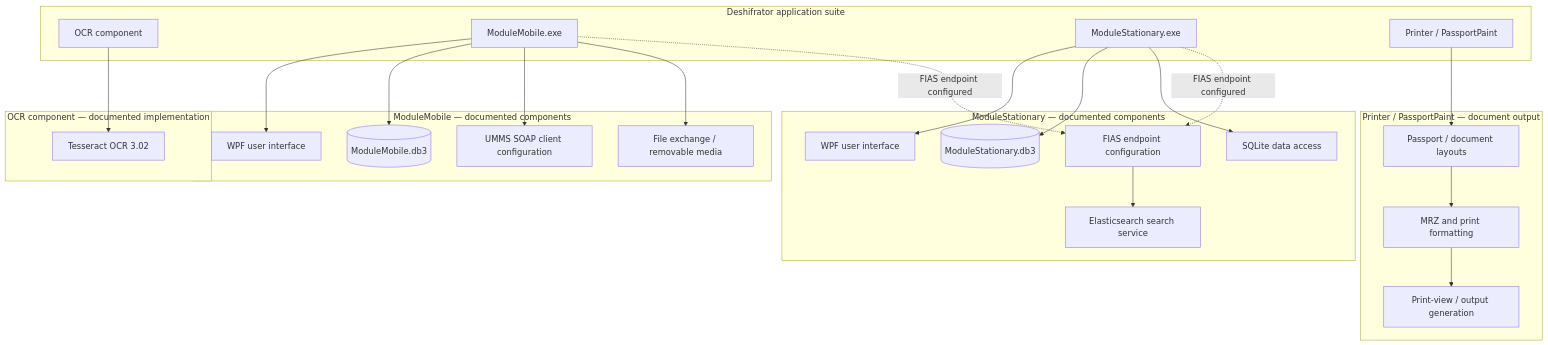
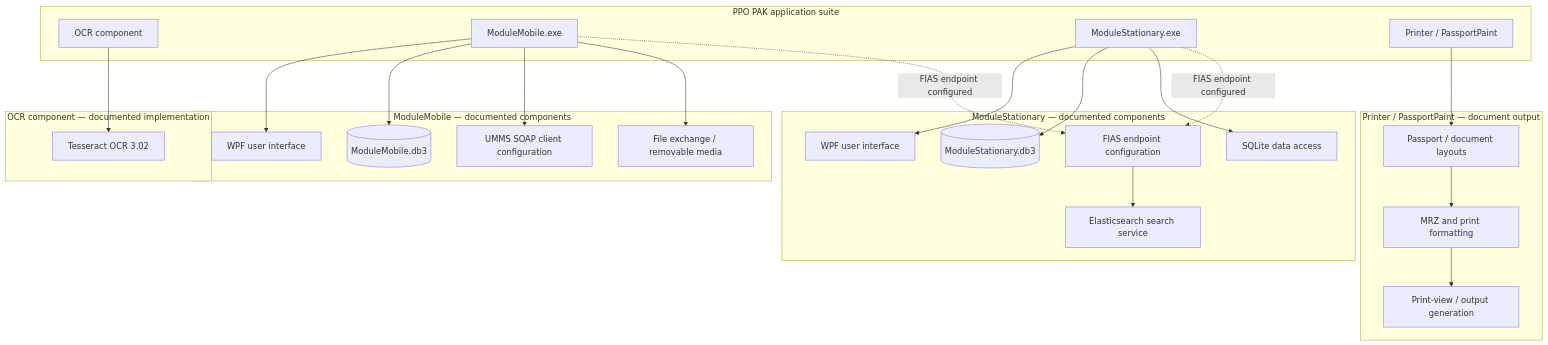
One commit to ekatmoz88-alt/territory-descriptor-unified changed the eighth of 10 diagrams in materials/architecture/README.md. Above: the diagram before and after it, drawn with Mermaid. The commit also changed other lines of this file, not shown here.

Commit message:
Rebrand project references to PPO PAK

````diff
--- a/materials/architecture/README.md
+++ b/materials/architecture/README.md
@@ -219,43 +219,43 @@
 ```mermaid
 flowchart TB
-  subgraph SUITE["Deshifrator application suite"]
+  subgraph SUITE["PPO PAK application suite"]
     OCRAPP["OCR component"]
     MOBILE["ModuleMobile.exe"]
     STATIONARY["ModuleStationary.exe"]
     PRINT["Printer / PassportPaint"]
   end
   subgraph OCRPARTS["OCR component — documented implementation"]
     OCR["Tesseract OCR 3.02"]
   end
   subgraph MOBILEPARTS["ModuleMobile — documented components"]
     MUI["WPF user interface"]
     MOBDB[("ModuleMobile.db3")]
     SOAP["UMMS SOAP client configuration"]
     FILEOUT["File exchange / removable media"]
   end
   subgraph STPARTS["ModuleStationary — documented components"]
     SUI["WPF user interface"]
     STDB[("ModuleStationary.db3")]
     SQLITE["SQLite data access"]
     FIAS["FIAS endpoint configuration"]
     ELASTIC["Elasticsearch search service"]
   end
   subgraph PRINTPARTS["Printer / PassportPaint — document output"]
     LAYOUT["Passport / document layouts"]
     MRZ["MRZ and print formatting"]
     OUTPUT["Print-view / output generation"]
   end
   OCRAPP --> OCR
   MOBILE --> MUI
   MOBILE --> MOBDB
   MOBILE --> SOAP
   MOBILE --> FILEOUT
   STATIONARY --> SUI
   STATIONARY --> STDB
   STATIONARY --> SQLITE
   MOBILE -.->|FIAS endpoint configured| FIAS
   STATIONARY -.->|FIAS endpoint configured| FIAS
   FIAS --> ELASTIC
   PRINT --> LAYOUT
   LAYOUT --> MRZ --> OUTPUT
 ```
````
